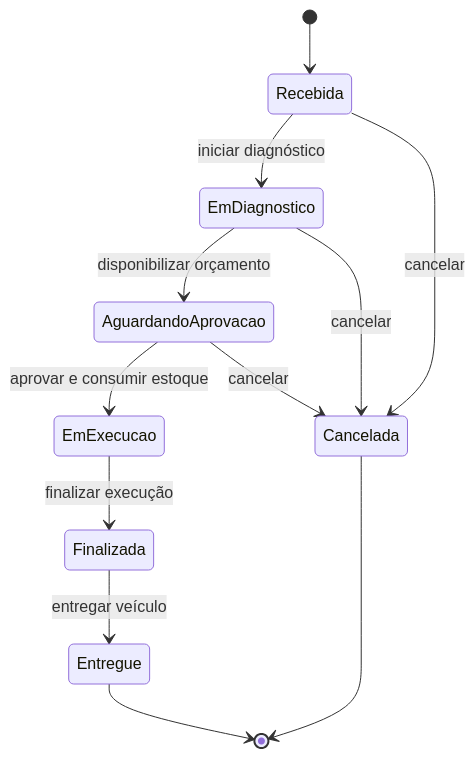
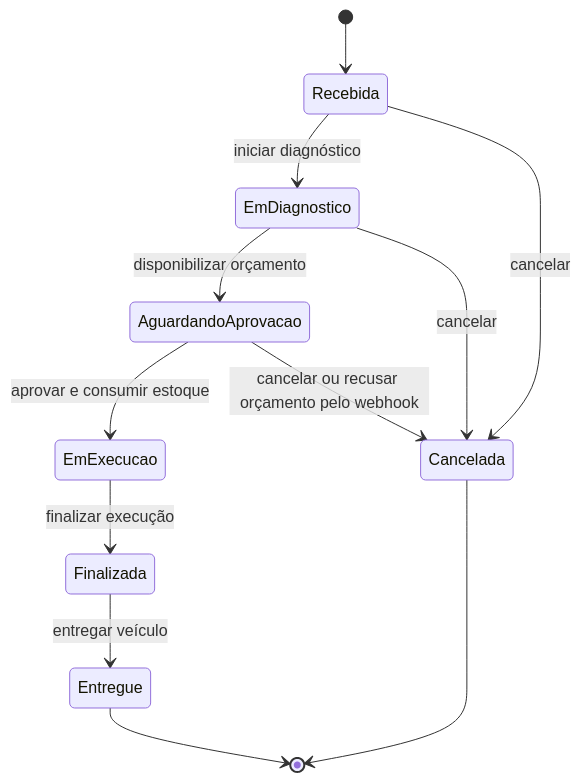
One commit to saranbruno/Tech-Challenge-Oficina changed the eighth of 8 diagrams in docs/ddd/diagrams.md. Above: the diagram before and after it, drawn with Mermaid. The commit also changed other lines of this file and 14 other files, not shown here.

````diff
--- a/docs/ddd/diagrams.md
+++ b/docs/ddd/diagrams.md
@@ -375,14 +375,14 @@
 ```mermaid
 stateDiagram-v2
     [*] --> Recebida
     Recebida --> EmDiagnostico: iniciar diagnóstico
     EmDiagnostico --> AguardandoAprovacao: disponibilizar orçamento
     AguardandoAprovacao --> EmExecucao: aprovar e consumir estoque
     EmExecucao --> Finalizada: finalizar execução
     Finalizada --> Entregue: entregar veículo
     Recebida --> Cancelada: cancelar
     EmDiagnostico --> Cancelada: cancelar
-    AguardandoAprovacao --> Cancelada: cancelar
+    AguardandoAprovacao --> Cancelada: cancelar ou recusar orçamento pelo webhook
     Entregue --> [*]
     Cancelada --> [*]
 ```
````
